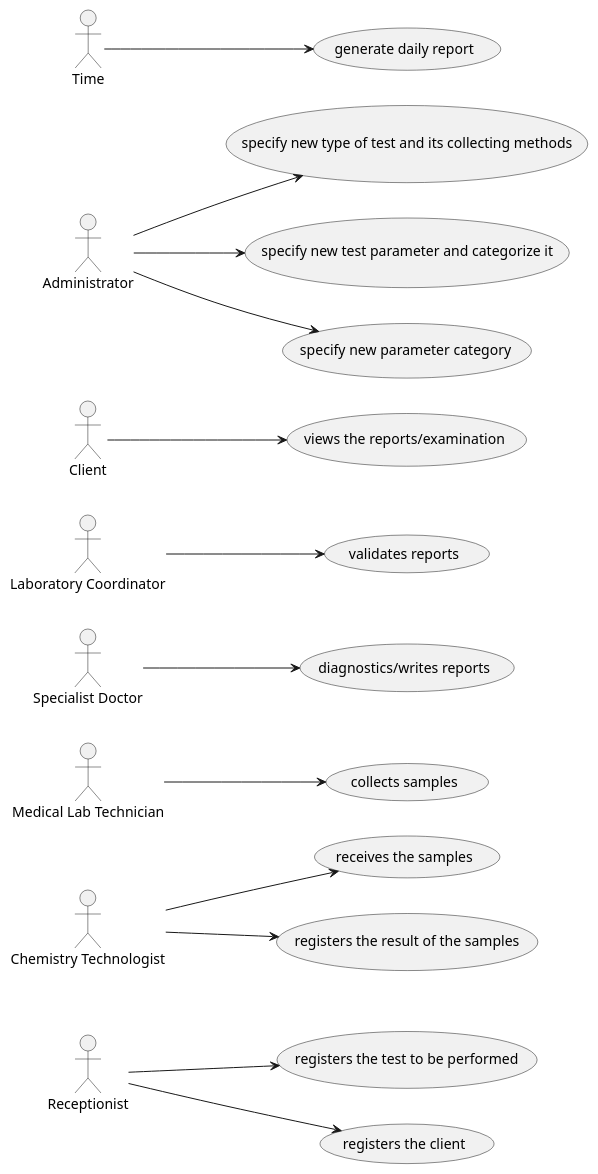
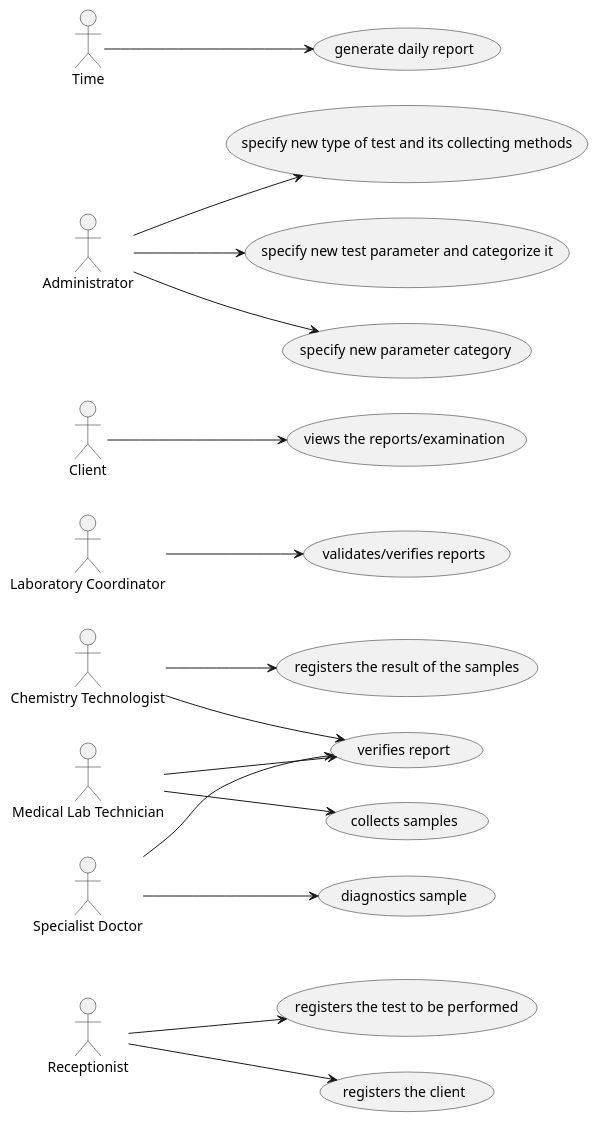
Before and after one commit to jsmarques98/LAPR2-ISEP: the diagram in docs/SprintA/UCD.puml, drawn with PlantUML. The commit also changed 3 other files, not shown here.

```diff
--- a/docs/SprintA/UCD.puml
+++ b/docs/SprintA/UCD.puml
@@ -1,24 +1,26 @@
 @startuml
 left to right direction
 
 :Receptionist: --> (registers the test to be performed)
 :Receptionist: --> (registers the client)
 
-:Chemistry Technologist: --> (receives the samples)
 :Chemistry Technologist: --> (registers the result of the samples)
+:Chemistry Technologist: --> (verifies report)
 
 :Medical Lab Technician: --> (collects samples)
+:Medical Lab Technician: --> (verifies report)
 
-:Specialist Doctor: --> (diagnostics/writes reports)
+:Specialist Doctor: --> (diagnostics sample)
+:Specialist Doctor: --> (verifies report)
 
-:Laboratory Coordinator: --> (validates reports)
+:Laboratory Coordinator: --> (validates/verifies reports)
 
 :Client: --> (views the reports/examination)
 
 :Administrator: --> (specify new type of test and its collecting methods)
 :Administrator: --> (specify new test parameter and categorize it)
 :Administrator: --> (specify new parameter category)
 
 :Time: --> (generate daily report)
 
 @enduml
```
